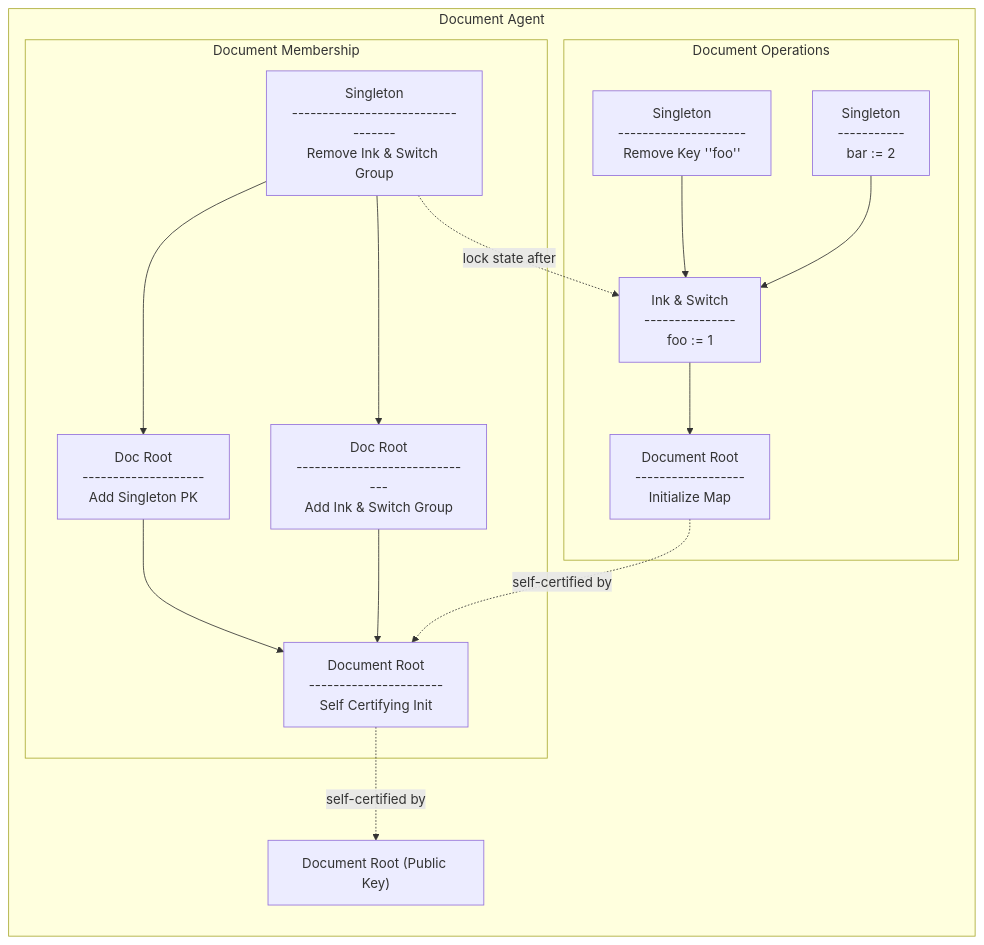
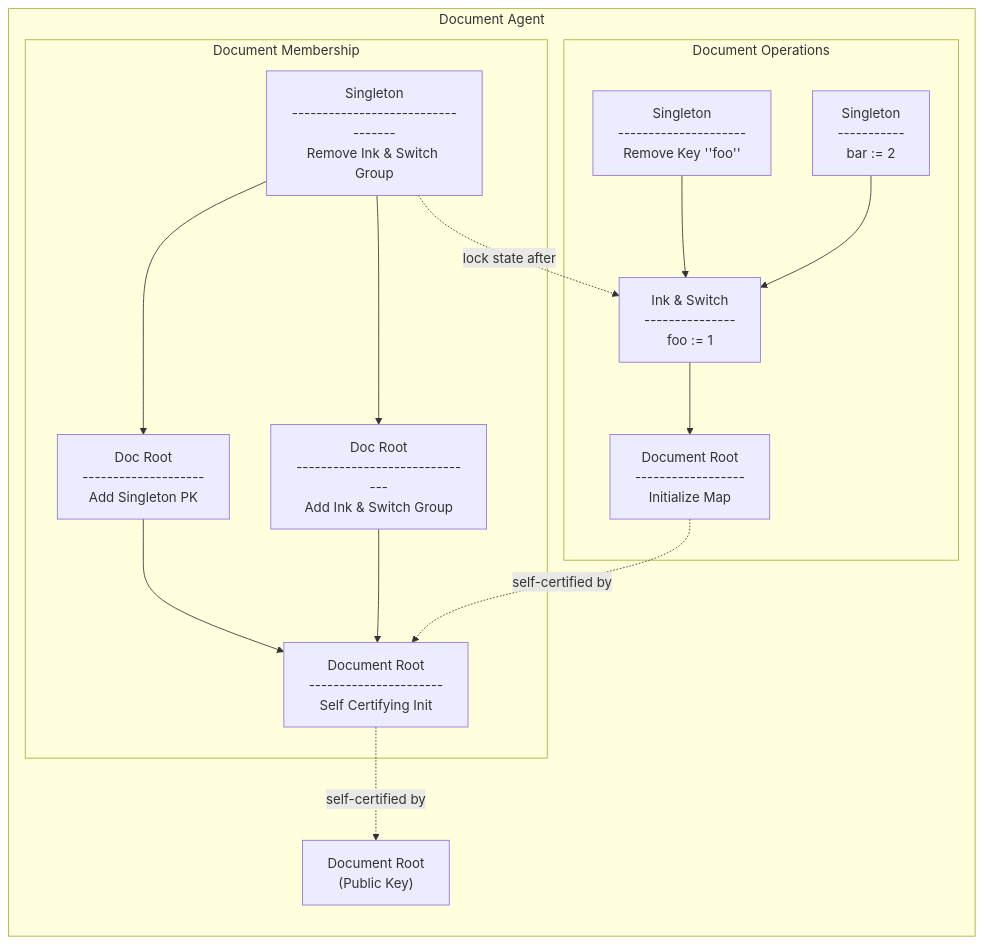
One commit to inkandswitch/keyhive changed the fourth of 11 diagrams in design/group_membership.md. Above: the diagram before and after it, drawn with Mermaid. The commit also changed other lines of this file and 3 other files, not shown here.

Commit message:
Fix mermaid diagram line breaks render on GitHub (#129)

````diff
--- a/design/group_membership.md
+++ b/design/group_membership.md
@@ -95,24 +95,24 @@
 ```mermaid
 flowchart TB
     subgraph DocumentAgent[Document Agent]
         direction TB
 
-        _docPK["Document Root (Public Key)"]
+        _docPK["Document Root<br>(Public Key)"]
 
         subgraph docGroup[Document Membership]
-            docRootAddsSingleton["Doc Root\n--------------------\nAdd Singleton PK"] --> docRoot[Document Root\n----------------------\nSelf Certifying Init]
-            docRootAddsAnotherGroup["Doc Root\n------------------------------\nAdd Ink & Switch Group"] --> docRoot
-            singetonRemovesAnotherGroup[Singleton\n----------------------------------\nRemove Ink & Switch Group] --> docRootAddsSingleton
+            docRootAddsSingleton["Doc Root<br>--------------------<br>Add Singleton PK"] --> docRoot[Document Root<br>----------------------<br>Self Certifying Init]
+            docRootAddsAnotherGroup["Doc Root<br>------------------------------<br>Add Ink & Switch Group"] --> docRoot
+            singetonRemovesAnotherGroup[Singleton<br>----------------------------------<br>Remove Ink & Switch Group] --> docRootAddsSingleton
             singetonRemovesAnotherGroup --> docRootAddsAnotherGroup
         end
 
         subgraph ops[Document Operations]
-            addKeyFoo["Ink & Switch\n---------------\nfoo := 1"] --> InitMap[Document Root\n------------------\nInitialize Map]
-            removeKeyFoo["Singleton\n---------------------\nRemove Key ''foo''"] --> addKeyFoo
-            addKeyBar["Singleton\n-----------\nbar := 2"] --> addKeyFoo
+            addKeyFoo["Ink & Switch<br>---------------<br>foo := 1"] --> InitMap[Document Root<br>------------------<br>Initialize Map]
+            removeKeyFoo["Singleton<br>---------------------<br>Remove Key ''foo''"] --> addKeyFoo
+            addKeyBar["Singleton<br>-----------<br>bar := 2"] --> addKeyFoo
         end
     end
 
     singetonRemovesAnotherGroup -.->|lock state after| addKeyFoo
     InitMap -.->|self-certified by| docRoot -.->|self-certified by| _docPK
 ```
````
